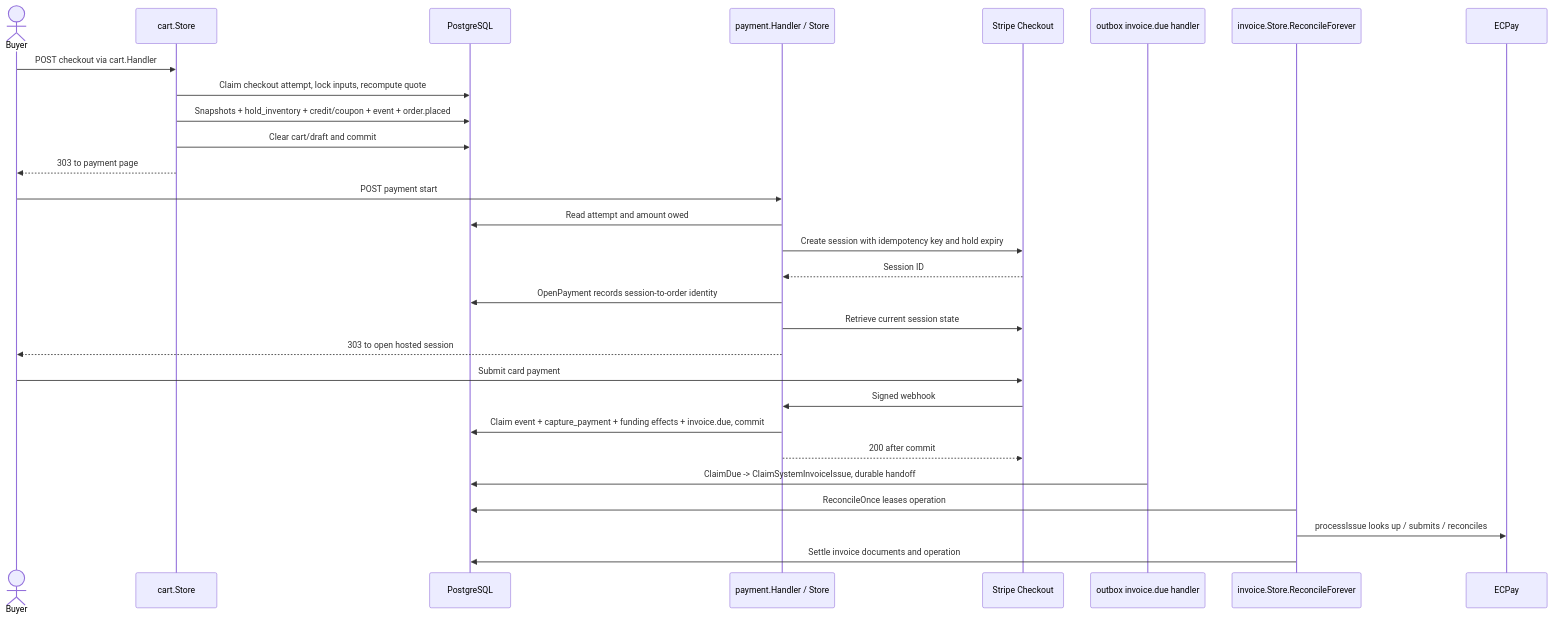
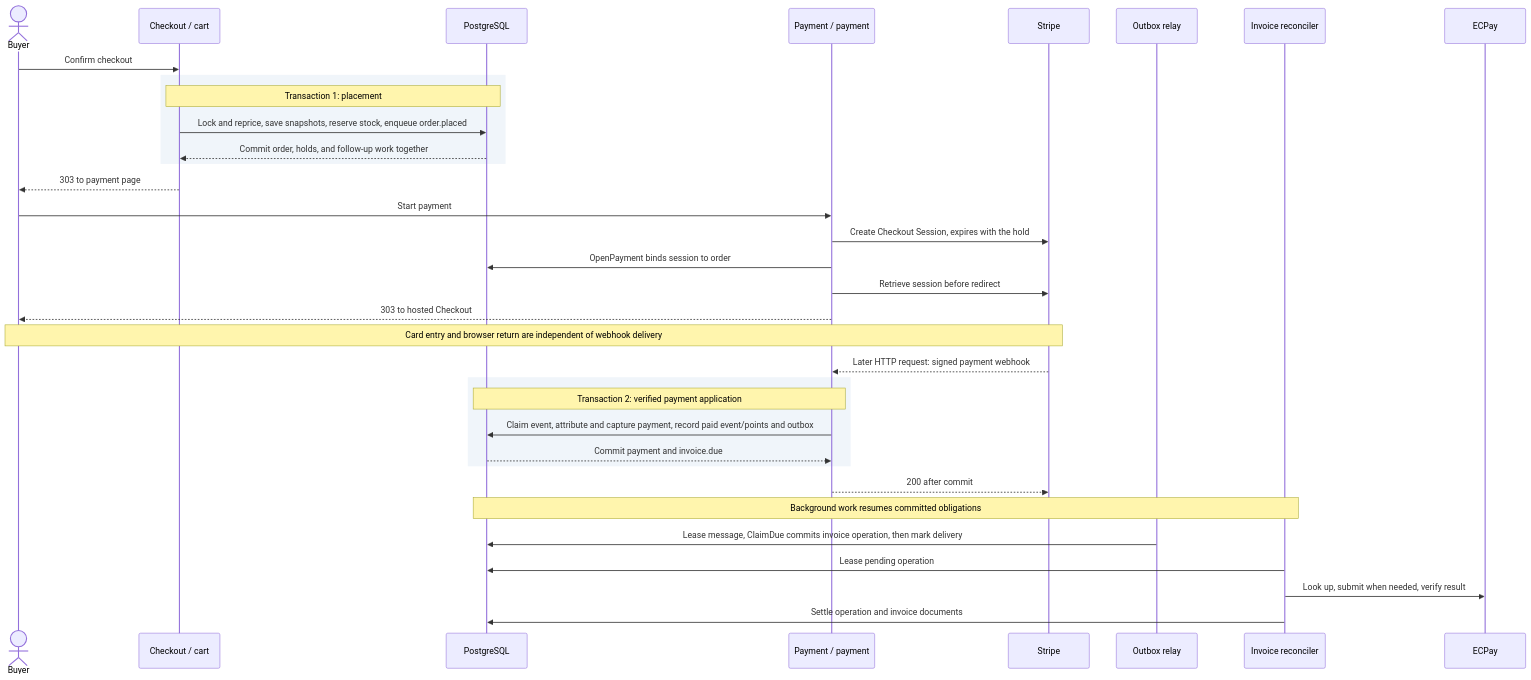
Before and after one commit to Koopa0/goen: the third of 8 diagrams in ARCHITECTURE.md, drawn with Mermaid. The commit also changed other lines of this file, not shown here.

Commit message:
docs: explain system responsibilities before implementation

````diff
--- a/ARCHITECTURE.md
+++ b/ARCHITECTURE.md
@@ -293,31 +85,36 @@
 ```mermaid
 sequenceDiagram
     actor Buyer
-    participant Cart as cart.Store
+    participant Checkout as Checkout / cart
     participant DB as PostgreSQL
-    participant Pay as payment.Handler / Store
-    participant Stripe as Stripe Checkout
-    participant Outbox as outbox invoice.due handler
-    participant Reconciler as invoice.Store.ReconcileForever
+    participant Payment as Payment / payment
+    participant Stripe
+    participant Outbox as Outbox relay
+    participant Invoice as Invoice reconciler
     participant ECPay
-    Buyer->>Cart: POST checkout via cart.Handler
-    Cart->>DB: Claim checkout attempt, lock inputs, recompute quote
-    Cart->>DB: Snapshots + hold_inventory + credit/coupon + event + order.placed
-    Cart->>DB: Clear cart/draft and commit
-    Cart-->>Buyer: 303 to payment page
-    Buyer->>Pay: POST payment start
-    Pay->>DB: Read attempt and amount owed
-    Pay->>Stripe: Create session with idempotency key and hold expiry
-    Stripe-->>Pay: Session ID
-    Pay->>DB: OpenPayment records session-to-order identity
-    Pay->>Stripe: Retrieve current session state
-    Pay-->>Buyer: 303 to open hosted session
-    Buyer->>Stripe: Submit card payment
-    Stripe->>Pay: Signed webhook
-    Pay->>DB: Claim event + capture_payment + funding effects + invoice.due, commit
-    Pay-->>Stripe: 200 after commit
-    Outbox->>DB: ClaimDue -> ClaimSystemInvoiceIssue, durable handoff
-    Reconciler->>DB: ReconcileOnce leases operation
-    Reconciler->>ECPay: processIssue looks up / submits / reconciles
-    Reconciler->>DB: Settle invoice documents and operation
+    Buyer->>Checkout: Confirm checkout
+    rect rgb(240,245,250)
+        Note over Checkout,DB: Transaction 1: placement
+        Checkout->>DB: Lock and reprice, save snapshots, reserve stock, enqueue order.placed
+        DB-->>Checkout: Commit order, holds, and follow-up work together
+    end
+    Checkout-->>Buyer: 303 to payment page
+    Buyer->>Payment: Start payment
+    Payment->>Stripe: Create Checkout Session, expires with the hold
+    Payment->>DB: OpenPayment binds session to order
+    Payment->>Stripe: Retrieve session before redirect
+    Payment-->>Buyer: 303 to hosted Checkout
+    Note over Buyer,Stripe: Card entry and browser return are independent of webhook delivery
+    Stripe-->>Payment: Later HTTP request: signed payment webhook
+    rect rgb(240,245,250)
+        Note over Payment,DB: Transaction 2: verified payment application
+        Payment->>DB: Claim event, attribute and capture payment, record paid event/points and outbox
+        DB-->>Payment: Commit payment and invoice.due
+    end
+    Payment-->>Stripe: 200 after commit
+    Note over DB,Invoice: Background work resumes committed obligations
+    Outbox->>DB: Lease message, ClaimDue commits invoice operation, then mark delivery
+    Invoice->>DB: Lease pending operation
+    Invoice->>ECPay: Look up, submit when needed, verify result
+    Invoice->>DB: Settle operation and invoice documents
 ```
````
